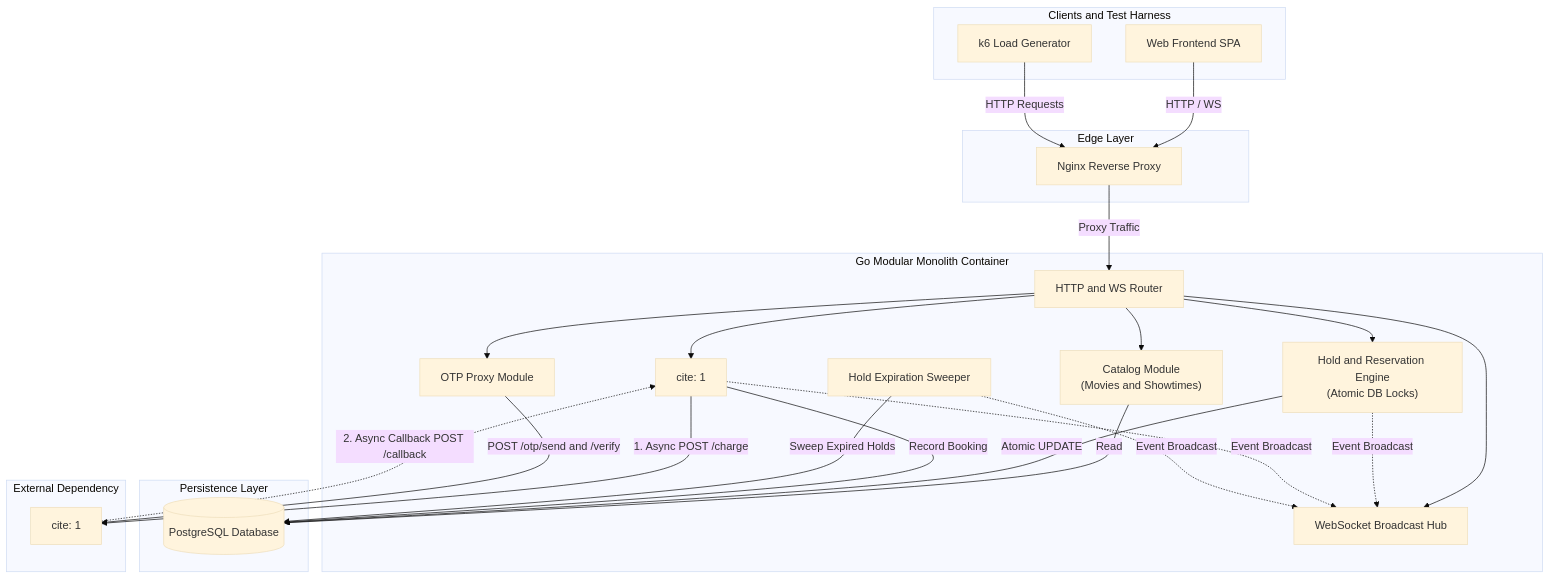
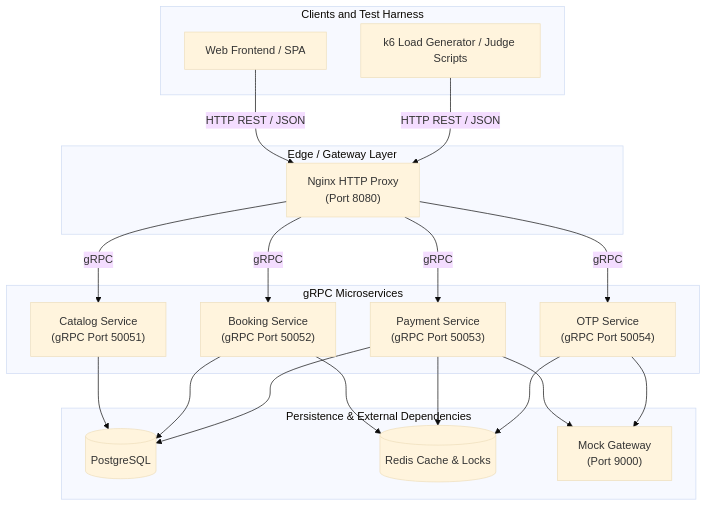
One commit to TheSR007/That_Team_IEEE changed the diagram in ARCHITECTURE.md. Above: the diagram before and after it, drawn with Mermaid (base theme). The commit also changed other lines of this file, not shown here.

````diff
--- a/ARCHITECTURE.md
+++ b/ARCHITECTURE.md
@@ -7,52 +5,41 @@
 ```mermaid
 flowchart TD
     subgraph Clients["Clients and Test Harness"]
-        UI["Web Frontend SPA"]
-        K6["k6 Load Generator"]
+        UI["Web Frontend / SPA"]
+        K6["k6 Load Generator / Judge Scripts"]
     end
 
-    subgraph Edge["Edge Layer"]
-        NGINX["Nginx Reverse Proxy"]
+    subgraph Proxy["Edge / Gateway Layer"]
+        NGINX["Nginx HTTP Proxy<br/>(Port 8080)"]
     end
 
-    subgraph Monolith["Go Modular Monolith Container"]
-        Router["HTTP and WS Router"]
-        Catalog["Catalog Module<br/>(Movies and Showtimes)"]
-        HoldEng["Hold and Reservation Engine<br/>(Atomic DB Locks)"]
-        PayMod["Payment and Webhook Processor<br/>(Idempotent)"]
-        OTPMod["OTP Proxy Module"]
-        WSHub["WebSocket Broadcast Hub"]
-        Worker["Hold Expiration Sweeper"]
+    subgraph Services["gRPC Microservices"]
+        Catalog["Catalog Service<br/>(gRPC Port 50051)"]
+        Booking["Booking Service<br/>(gRPC Port 50052)"]
+        Payment["Payment Service<br/>(gRPC Port 50053)"]
+        OTP["OTP Service<br/>(gRPC Port 50054)"]
     end
 
-    subgraph Storage["Persistence Layer"]
-        DB[(PostgreSQL Database)]
+    subgraph Storage["Persistence & External Dependencies"]
+        PG[(PostgreSQL)]
+        REDIS[(Redis Cache & Locks)]
+        MOCKGW["Mock Gateway<br/>(Port 9000)"]
     end
 
-    subgraph Gateway["External Dependency"]
-        MockGW["Mock Gateway Container<br/>(Port 9000)"]
-    end
+    UI -->|HTTP REST / JSON| NGINX
+    K6 -->|HTTP REST / JSON| NGINX
 
-    UI -->|HTTP / WS| NGINX
-    K6 -->|HTTP Requests| NGINX
-    NGINX -->|Proxy Traffic| Router
+    NGINX -->|gRPC| Catalog
+    NGINX -->|gRPC| Booking
+    NGINX -->|gRPC| Payment
+    NGINX -->|gRPC| OTP
 
-    Router --> Catalog
-    Router --> HoldEng
-    Router --> PayMod
-    Router --> OTPMod
-    Router --> WSHub
-
-    Catalog -->|Read| DB
-    HoldEng -->|Atomic UPDATE| DB
-    PayMod -->|Record Booking| DB
-    Worker -->|Sweep Expired Holds| DB
-
-    HoldEng -.->|Event Broadcast| WSHub
-    PayMod -.->|Event Broadcast| WSHub
-    Worker -.->|Event Broadcast| WSHub
-
-    PayMod -->|1. Async POST /charge| MockGW[cite: 1]
-    OTPMod -->|POST /otp/send and /verify| MockGW[cite: 1]
-    MockGW -.->|2. Async Callback POST /callback| PayMod[cite: 1]
+    Catalog --> PG
+    Booking --> PG
+    Booking --> REDIS
+    Payment --> PG
+    Payment --> REDIS
+    Payment --> MOCKGW
+    OTP --> REDIS
+    OTP --> MOCKGW
 ```
````
